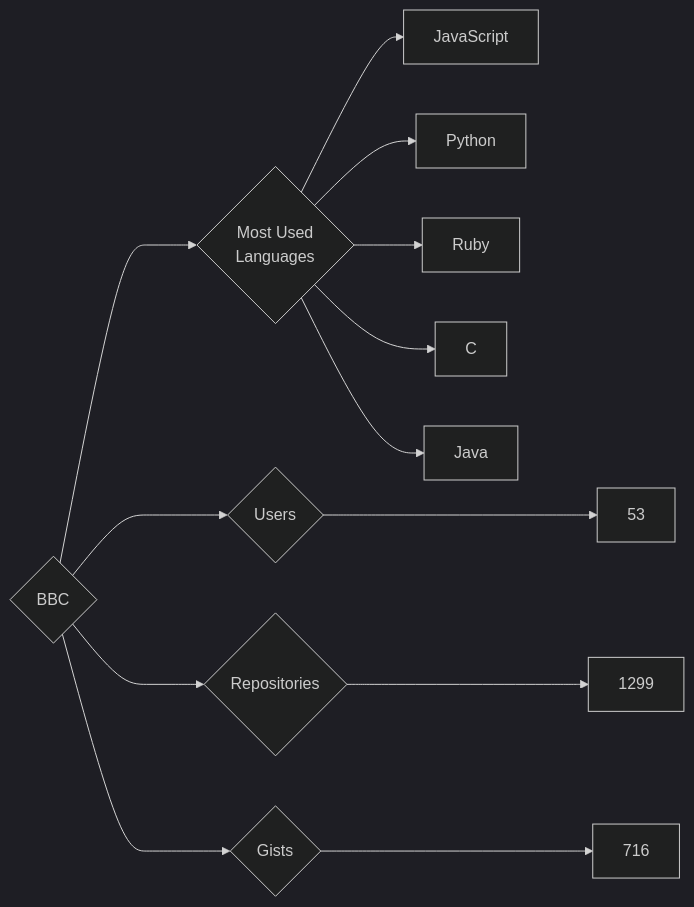
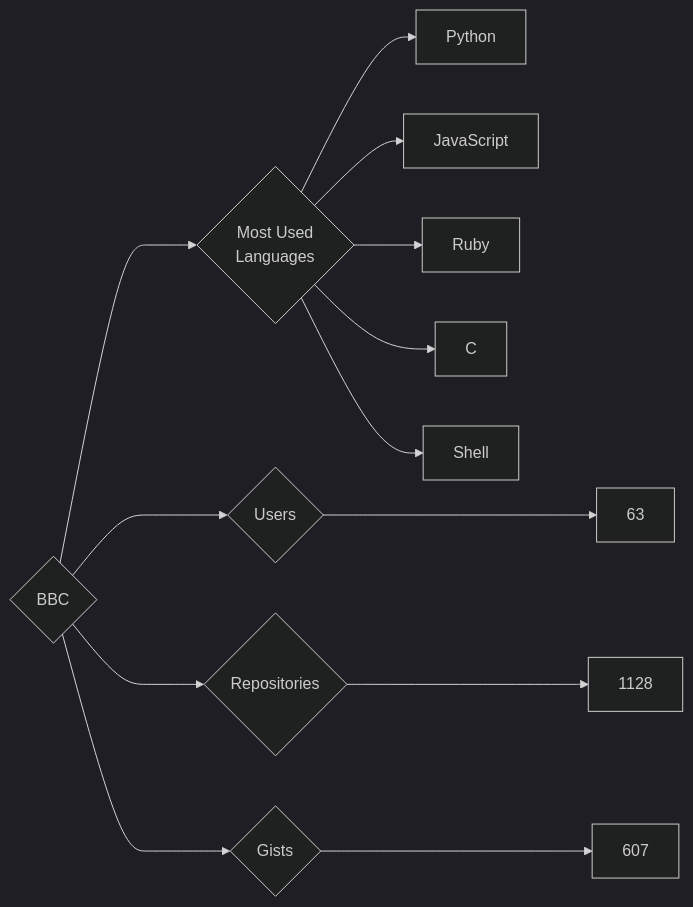
One commit to trickest/insiders changed the diagram in targets/BBC/README.md. Above: the diagram before and after it, drawn with Mermaid (dark theme). The commit also changed 775 other files, not shown here.

````diff
--- a/targets/BBC/README.md
+++ b/targets/BBC/README.md
@@ -3,13 +3,13 @@
 ```mermaid
 graph LR
 COMPANY_NAME{BBC}
-COMPANY_NAME ---> U{Users} ---> UN[53]
-COMPANY_NAME ---> R{Repositories} ---> RN[1299]
-COMPANY_NAME ---> G{Gists} ---> GN[716]
+COMPANY_NAME ---> U{Users} ---> UN[63]
+COMPANY_NAME ---> R{Repositories} ---> RN[1128]
+COMPANY_NAME ---> G{Gists} ---> GN[607]
 COMPANY_NAME ---> ML{Most Used<br>Languages}
+ML --> Python[Python]
 ML --> JavaScript[JavaScript]
-ML --> Python[Python]
 ML --> Ruby[Ruby]
 ML --> C[C]
-ML --> Java[Java]
+ML --> Shell[Shell]
 ```
````
